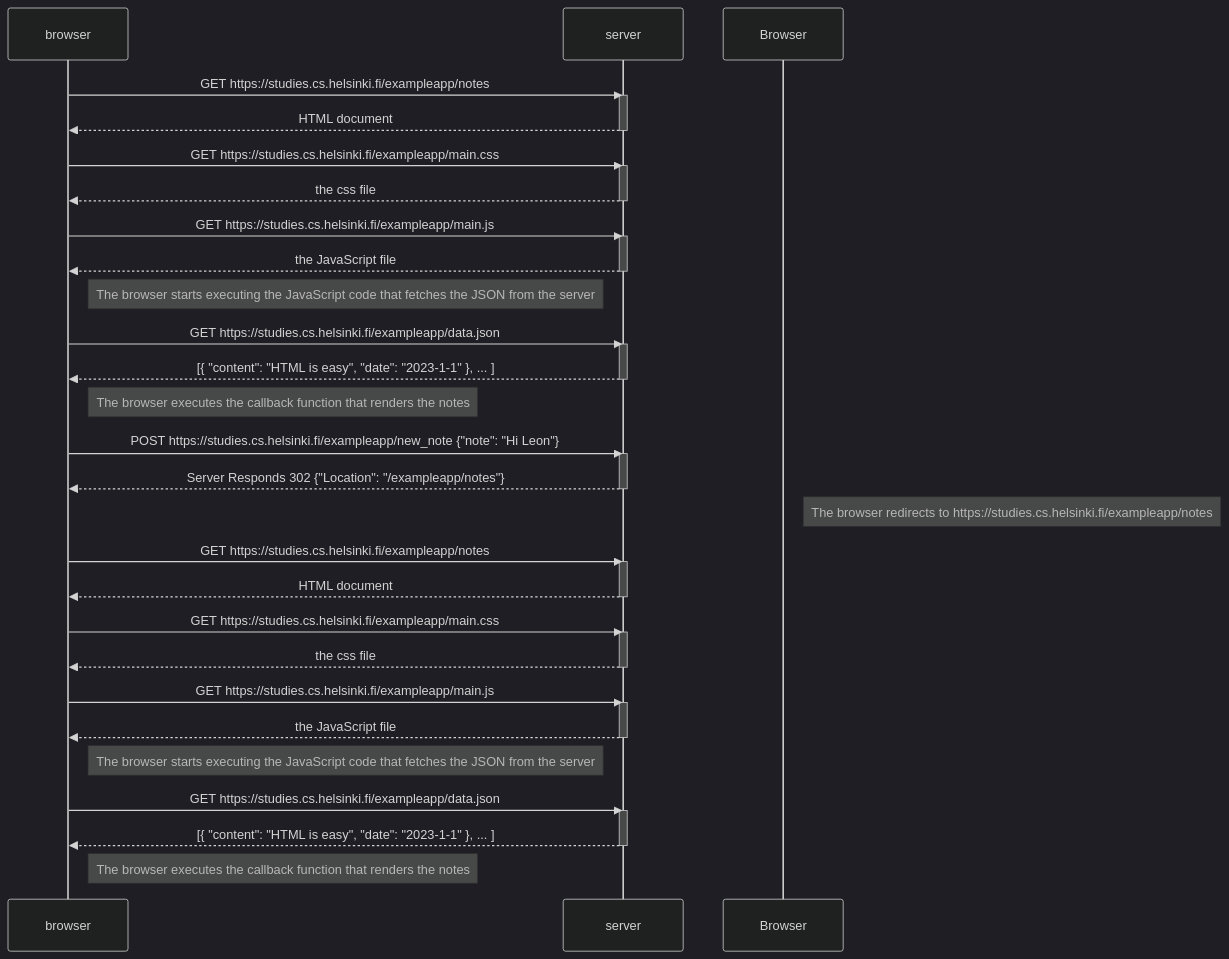
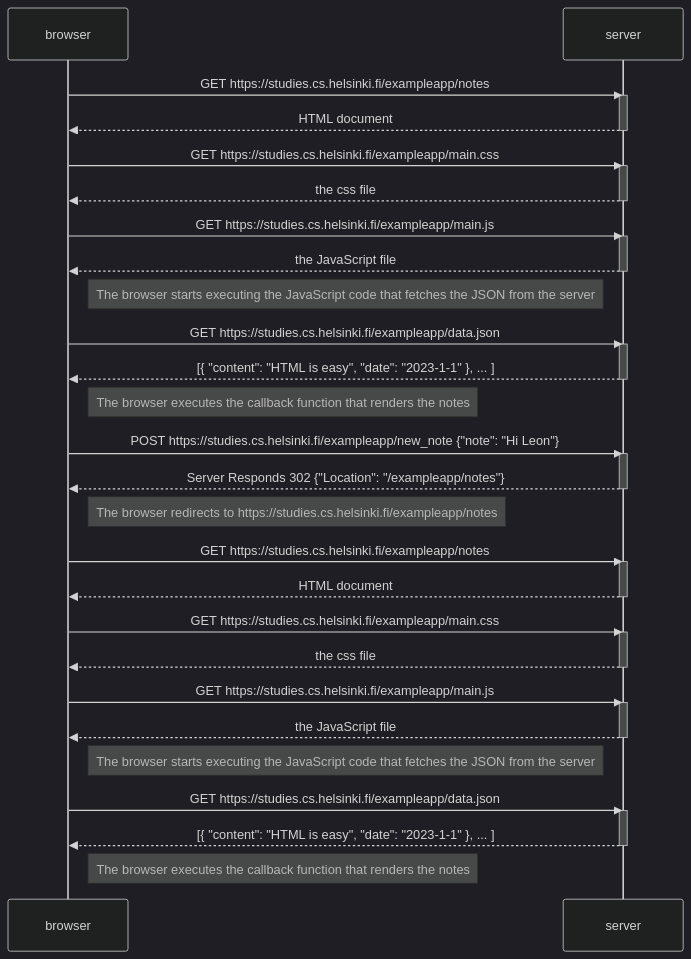
One commit to iamlivinsunny/full-stack-open changed the diagram in part0/mermaid.md. Above: the diagram before and after it, drawn with Mermaid (dark theme).

Commit message:
Title: Updated mermaid diagram Description: Updated mermaid diagram Reviewer: Depedndency: None

````diff
--- a/part0/mermaid.md
+++ b/part0/mermaid.md
@@ -1,61 +1,61 @@
 ```mermaid
 sequenceDiagram
   participant browser
     participant server
 
     browser->>server: GET https://studies.cs.helsinki.fi/exampleapp/notes
     activate server
     server-->>browser: HTML document
     deactivate server
 
     browser->>server: GET https://studies.cs.helsinki.fi/exampleapp/main.css
     activate server
     server-->>browser: the css file
     deactivate server
 
     browser->>server: GET https://studies.cs.helsinki.fi/exampleapp/main.js
     activate server
     server-->>browser: the JavaScript file
     deactivate server
 
     Note right of browser: The browser starts executing the JavaScript code that fetches the JSON from the server
 
     browser->>server: GET https://studies.cs.helsinki.fi/exampleapp/data.json
     activate server
     server-->>browser: [{ "content": "HTML is easy", "date": "2023-1-1" }, ... ]
     deactivate server
 
     Note right of browser: The browser executes the callback function that renders the notes
 
     browser->>server: POST https://studies.cs.helsinki.fi/exampleapp/new_note {"note": "Hi Leon"}
     activate server
     server-->>browser: Server Responds 302 {"Location": "/exampleapp/notes"}
     deactivate server
 
-    Note Right of Browser: The browser redirects to https://studies.cs.helsinki.fi/exampleapp/notes
+    Note Right of browser: The browser redirects to https://studies.cs.helsinki.fi/exampleapp/notes
 
     browser->>server: GET https://studies.cs.helsinki.fi/exampleapp/notes
     activate server
     server-->>browser: HTML document
     deactivate server
 
     browser->>server: GET https://studies.cs.helsinki.fi/exampleapp/main.css
     activate server
     server-->>browser: the css file
     deactivate server
 
     browser->>server: GET https://studies.cs.helsinki.fi/exampleapp/main.js
     activate server
     server-->>browser: the JavaScript file
     deactivate server
 
     Note right of browser: The browser starts executing the JavaScript code that fetches the JSON from the server
 
     browser->>server: GET https://studies.cs.helsinki.fi/exampleapp/data.json
     activate server
     server-->>browser: [{ "content": "HTML is easy", "date": "2023-1-1" }, ... ]
     deactivate server
 
     Note right of browser: The browser executes the callback function that renders the notes
 
 ```
````
